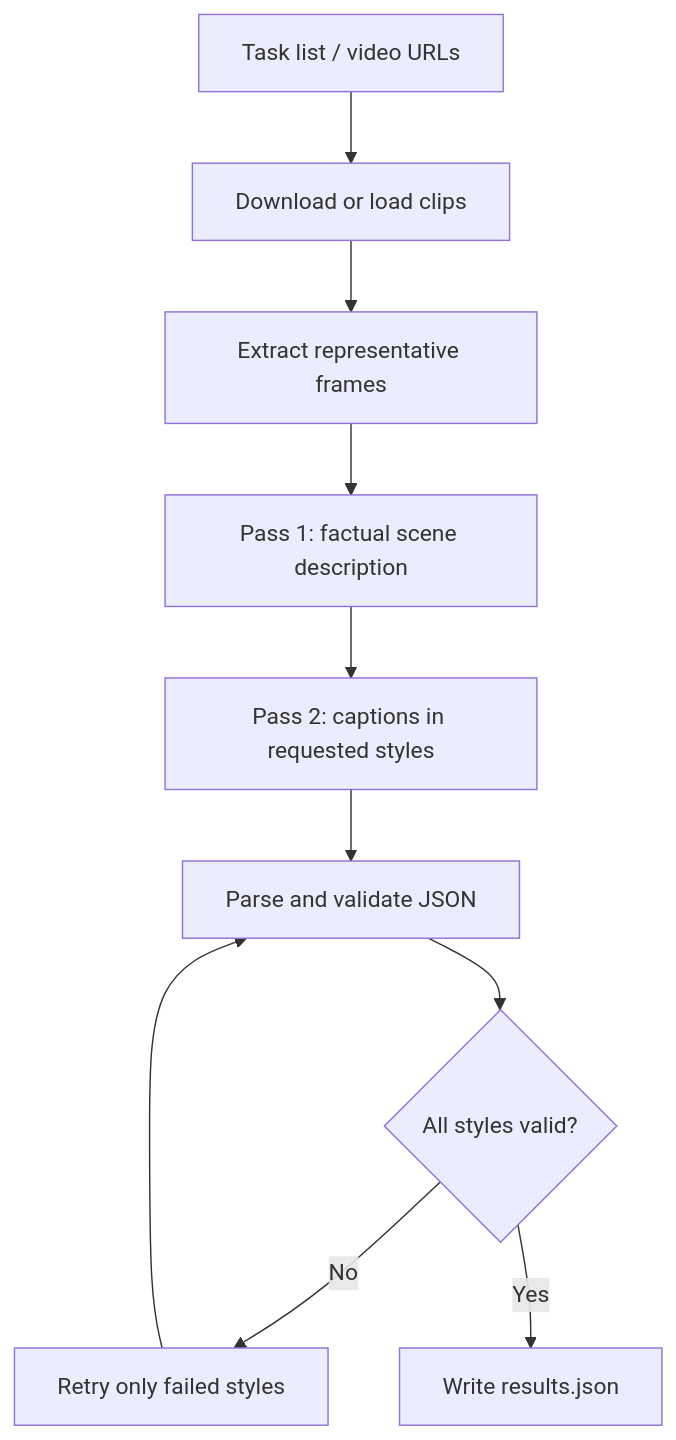
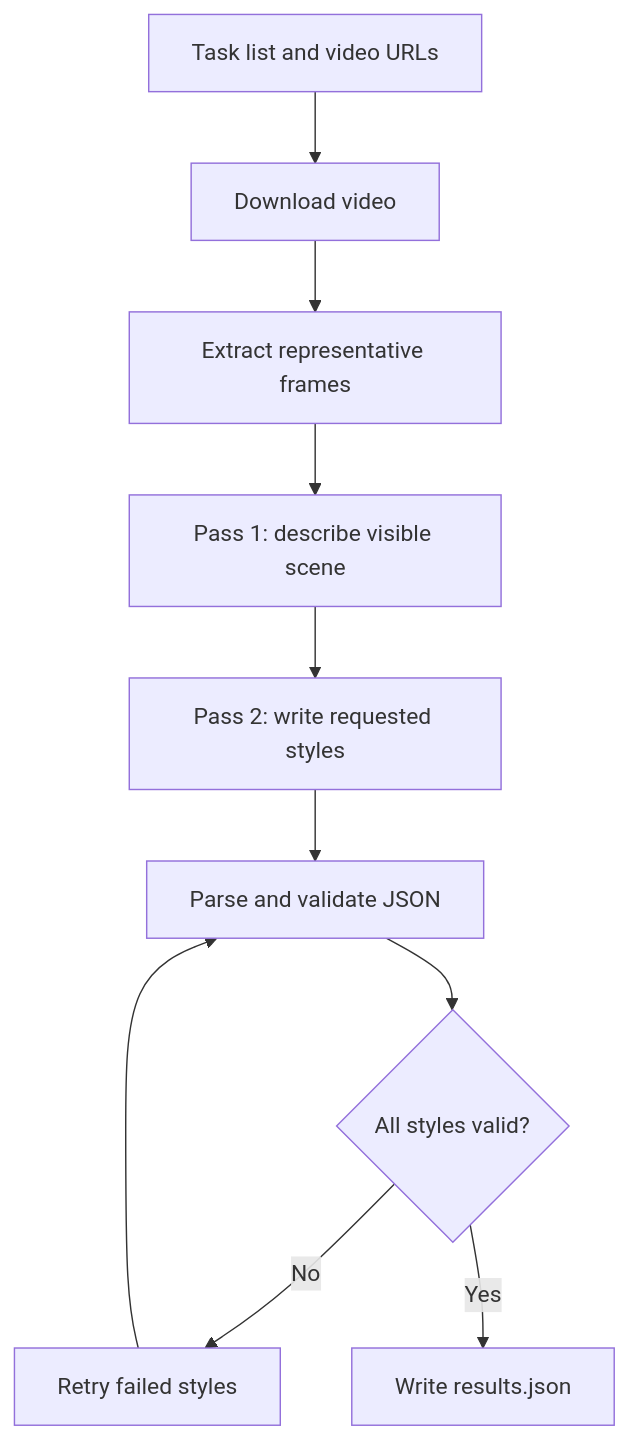
The diagram in README.md (IamAlag/video-caption-agent), drawn with Mermaid before and after one commit. The commit also changed other lines of this file, not shown here.

````diff
--- a/README.md
+++ b/README.md
@@ -16,12 +21,12 @@
 ```mermaid
 flowchart TD
-    A[Task list / video URLs] --> B[Download or load clips]
+    A[Task list and video URLs] --> B[Download video]
     B --> C[Extract representative frames]
-    C --> D[Pass 1: factual scene description]
-    D --> E[Pass 2: captions in requested styles]
+    C --> D[Pass 1: describe visible scene]
+    D --> E[Pass 2: write requested styles]
     E --> F[Parse and validate JSON]
     F --> G{All styles valid?}
-    G -- No --> H[Retry only failed styles]
+    G -- No --> H[Retry failed styles]
     H --> F
     G -- Yes --> I[Write results.json]
 ```
````
